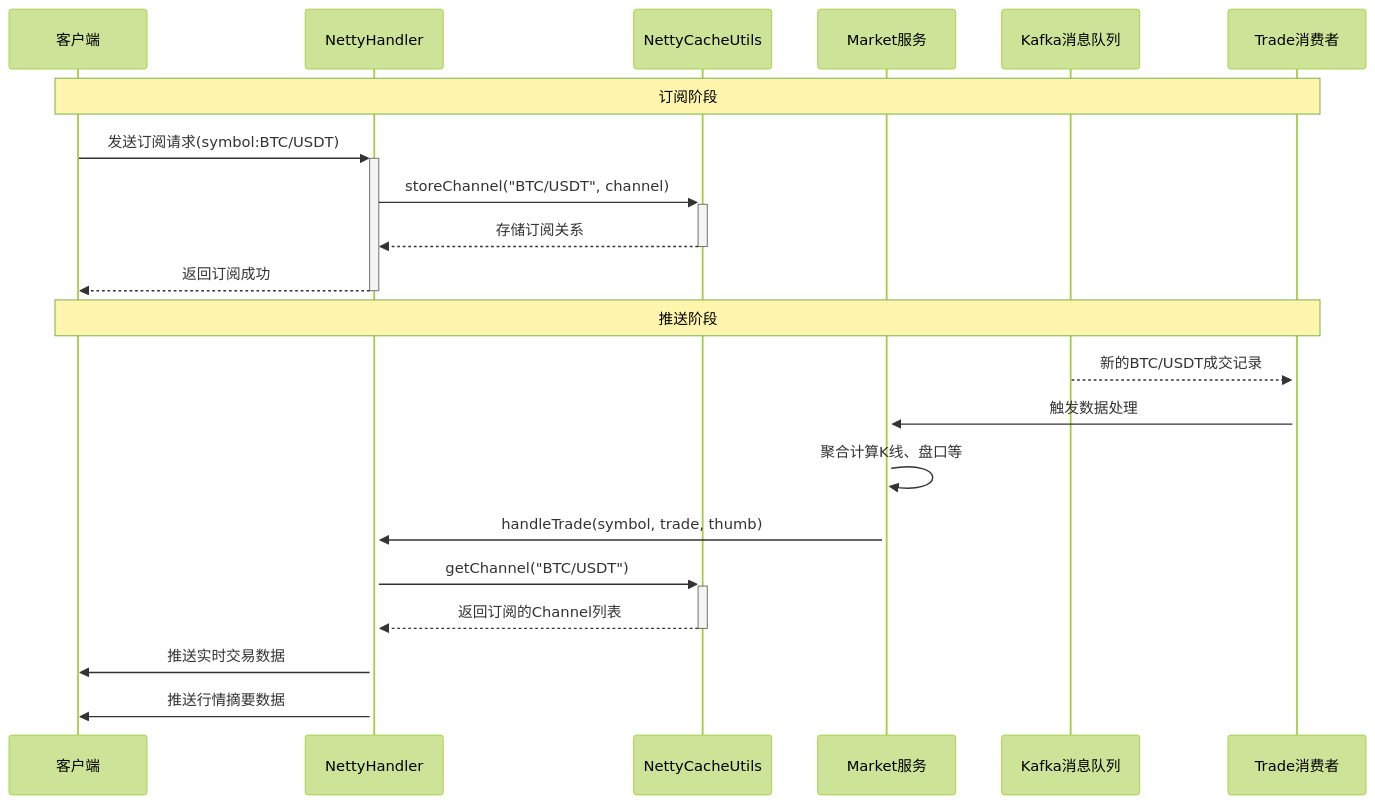
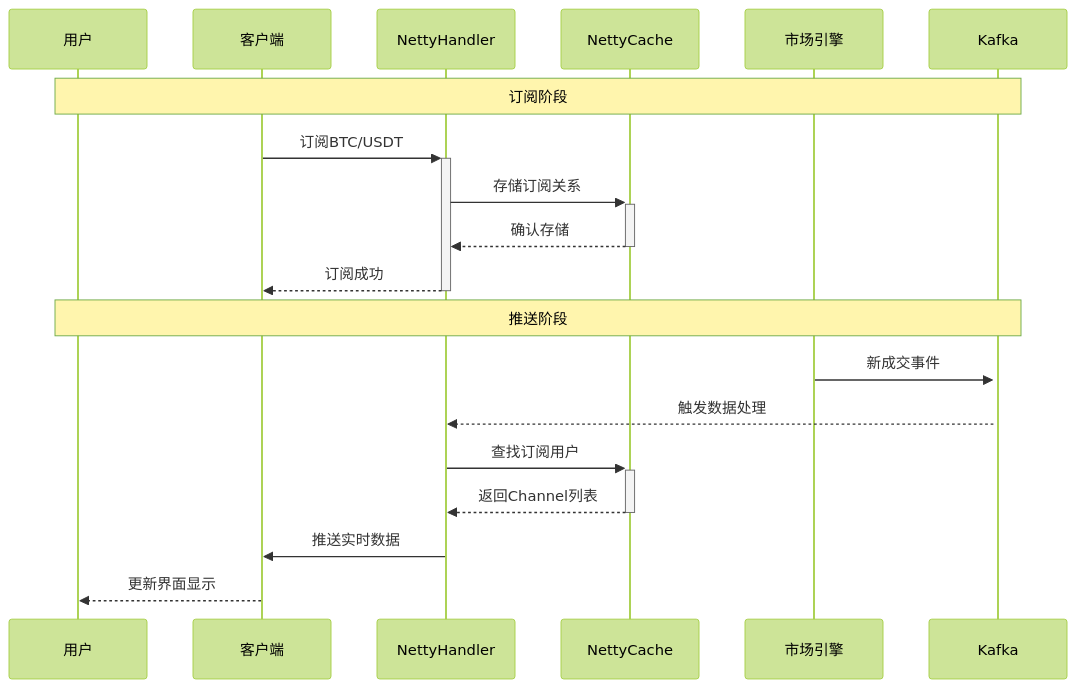
One commit to kick-pixel/btc_eth_bizzan_contract_Exchange_ztuo_jiaoyisuo changed the sixth of 7 diagrams in doc/08.Websocket 实时消息推送：AQMD-NETTY 框架.md. Above: the diagram before and after it, drawn with Mermaid (forest theme). The commit also changed other lines of this file and 27 other files, not shown here.

````diff
--- a/doc/08.Websocket 实时消息推送：AQMD-NETTY 框架.md
+++ b/doc/08.Websocket 实时消息推送：AQMD-NETTY 框架.md
@@ -208,27 +332,23 @@
 ```mermaid
 sequenceDiagram
+    participant User as 用户
     participant Client as 客户端
-    participant NettyHandler as NettyHandler
-    participant NettyCache as NettyCacheUtils
-    participant Market as Market服务
-    participant Kafka as Kafka消息队列
-    participant Consumer as Trade消费者
+    participant Netty as NettyHandler
+    participant Cache as NettyCache
+    participant Market as 市场引擎
+    participant Kafka as Kafka
 
-    Note over Client,Consumer: 订阅阶段
-    Client->>+NettyHandler: 发送订阅请求(symbol:BTC/USDT)
-    NettyHandler->>+NettyCache: storeChannel("BTC/USDT", channel)
-    NettyCache-->>-NettyHandler: 存储订阅关系
-    NettyHandler-->>-Client: 返回订阅成功
+    Note over User,Kafka: 订阅阶段
+    Client->>+Netty: 订阅BTC/USDT
+    Netty->>+Cache: 存储订阅关系
+    Cache-->>-Netty: 确认存储
+    Netty-->>-Client: 订阅成功
 
-    Note over Client,Consumer: 推送阶段
-    Kafka-->>+Consumer: 新的BTC/USDT成交记录
-    Consumer->>+Market: 触发数据处理
-    Market->>Market: 聚合计算K线、盘口等
-    Market->>+NettyHandler: handleTrade(symbol, trade, thumb)
-
-    NettyHandler->>+NettyCache: getChannel("BTC/USDT")
-    NettyCache-->>-NettyHandler: 返回订阅的Channel列表
-
-    NettyHandler->>Client: 推送实时交易数据
-    NettyHandler->>Client: 推送行情摘要数据
+    Note over User,Kafka: 推送阶段
+    Market->>+Kafka: 新成交事件
+    Kafka-->>Netty: 触发数据处理
+    Netty->>+Cache: 查找订阅用户
+    Cache-->>-Netty: 返回Channel列表
+    Netty->>Client: 推送实时数据
+    Client-->>User: 更新界面显示
 ```
````
